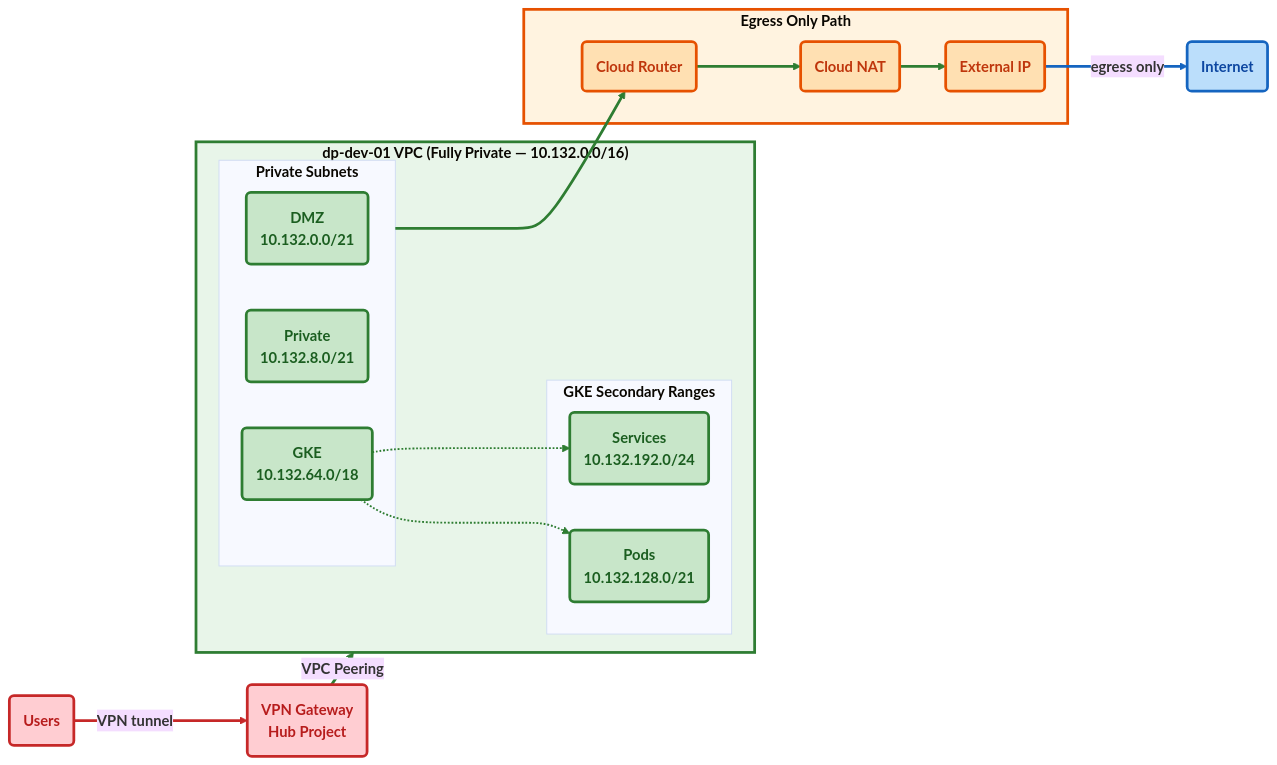
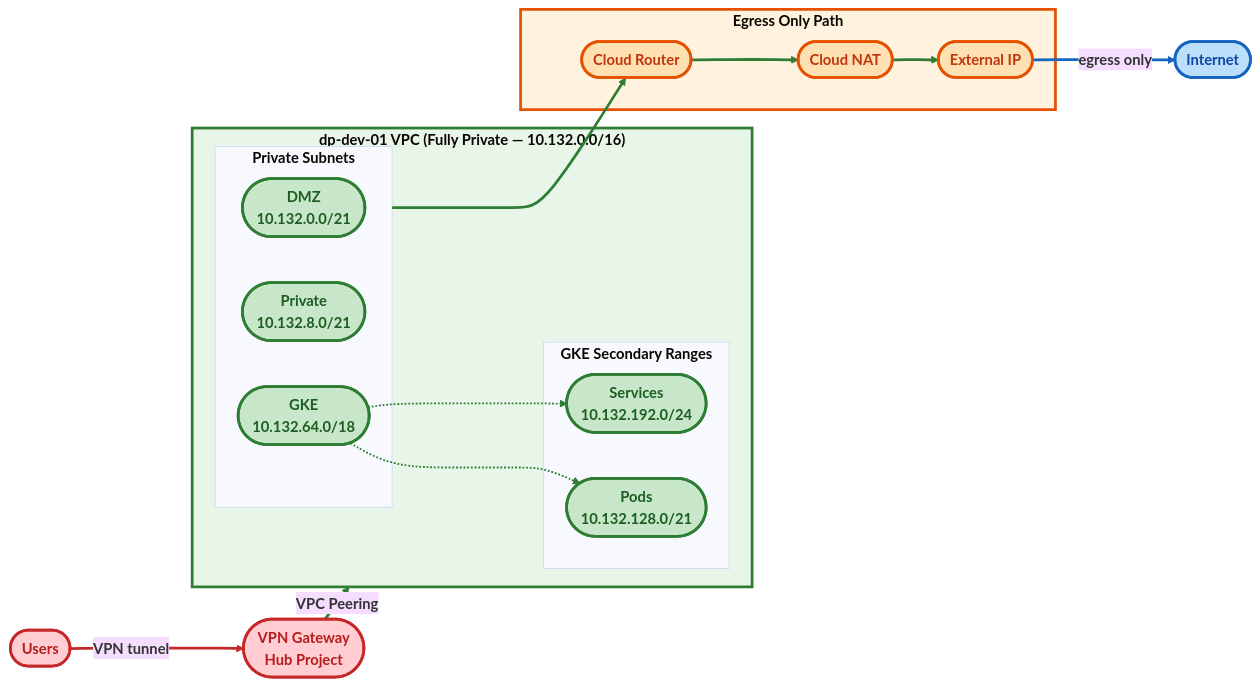
Before and after one commit to spolspol/terragrunt-gcp-org-automation: the second of 7 diagrams in docs/ARCHITECTURE_DIAGRAM.md, drawn with Mermaid (base theme). The commit also changed other lines of this file, not shown here.

Commit message:
Refines architecture diagram node shapes

````diff
--- a/docs/ARCHITECTURE_DIAGRAM.md
+++ b/docs/ARCHITECTURE_DIAGRAM.md
@@ -195,56 +220,56 @@
 ```mermaid
 flowchart LR
-    U("<b>Users</b>") ==>|"<b>VPN tunnel</b>"| VPN("<b>VPN Gateway<br/>Hub Project</b>")
+    U(["<b>Users</b>"]) ==>|"<b>VPN tunnel</b>"| VPN(["<b>VPN Gateway<br/>Hub Project</b>"])
     VPN ==>|"<b>VPC Peering</b>"| VPCDetail
 
     subgraph VPCDetail["<b>dp-dev-01 VPC (Fully Private — 10.132.0.0/16)</b>"]
         subgraph PrimaryNets["<b>Private Subnets</b>"]
-            D("<b>DMZ<br/>10.132.0.0/21</b>")
-            P("<b>Private<br/>10.132.8.0/21</b>")
-            G("<b>GKE<br/>10.132.64.0/18</b>")
+            D(["<b>DMZ<br/>10.132.0.0/21</b>"])
+            P(["<b>Private<br/>10.132.8.0/21</b>"])
+            G(["<b>GKE<br/>10.132.64.0/18</b>"])
         end
 
         subgraph SecondaryNets["<b>GKE Secondary Ranges</b>"]
-            POD("<b>Pods<br/>10.132.128.0/21</b>")
-            SVC("<b>Services<br/>10.132.192.0/24</b>")
+            POD(["<b>Pods<br/>10.132.128.0/21</b>"])
+            SVC(["<b>Services<br/>10.132.192.0/24</b>"])
         end
 
         G -.-> POD
         G -.-> SVC
     end
 
     subgraph EgressPath["<b>Egress Only Path</b>"]
-        CR("<b>Cloud Router</b>")
-        CN("<b>Cloud NAT</b>")
-        EIP("<b>External IP</b>")
+        CR(["<b>Cloud Router</b>"])
+        CN(["<b>Cloud NAT</b>"])
+        EIP(["<b>External IP</b>"])
         CR ==> CN ==> EIP
     end
 
     PrimaryNets ==> CR
-    EIP ==>|"<b>egress only</b>"| I("<b>Internet</b>")
+    EIP ==>|"<b>egress only</b>"| I(["<b>Internet</b>"])
 
     %% Node styles
     classDef public fill:#ffcdd2,stroke:#c62828,stroke-width:3px,font-weight:bold,color:#b71c1c
     classDef private fill:#c8e6c9,stroke:#2e7d32,stroke-width:3px,font-weight:bold,color:#1b5e20
     classDef internet fill:#bbdefb,stroke:#1565c0,stroke-width:3px,font-weight:bold,color:#0d47a1
     classDef egress fill:#ffe0b2,stroke:#e65100,stroke-width:3px,font-weight:bold,color:#bf360c
 
     class U public
     class VPN public
     class D,P,G,POD,SVC private
     class CR,CN,EIP egress
     class I internet
 
     %% Link styles
     linkStyle 0 stroke:#c62828,stroke-width:3px
     linkStyle 1 stroke:#2e7d32,stroke-width:3px
     linkStyle 2 stroke:#2e7d32,stroke-width:2px
     linkStyle 3 stroke:#2e7d32,stroke-width:2px
     linkStyle 4 stroke:#2e7d32,stroke-width:3px
     linkStyle 5 stroke:#2e7d32,stroke-width:3px
     linkStyle 6 stroke:#2e7d32,stroke-width:3px
     linkStyle 7 stroke:#1565c0,stroke-width:3px
 
     style VPCDetail fill:#e8f5e9,stroke:#2e7d32,stroke-width:3px
     style EgressPath fill:#fff3e0,stroke:#e65100,stroke-width:3px
 ```
````
